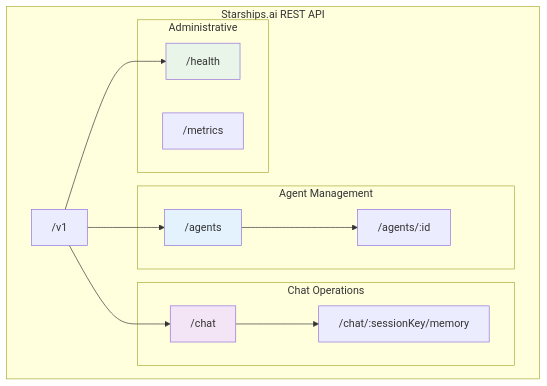
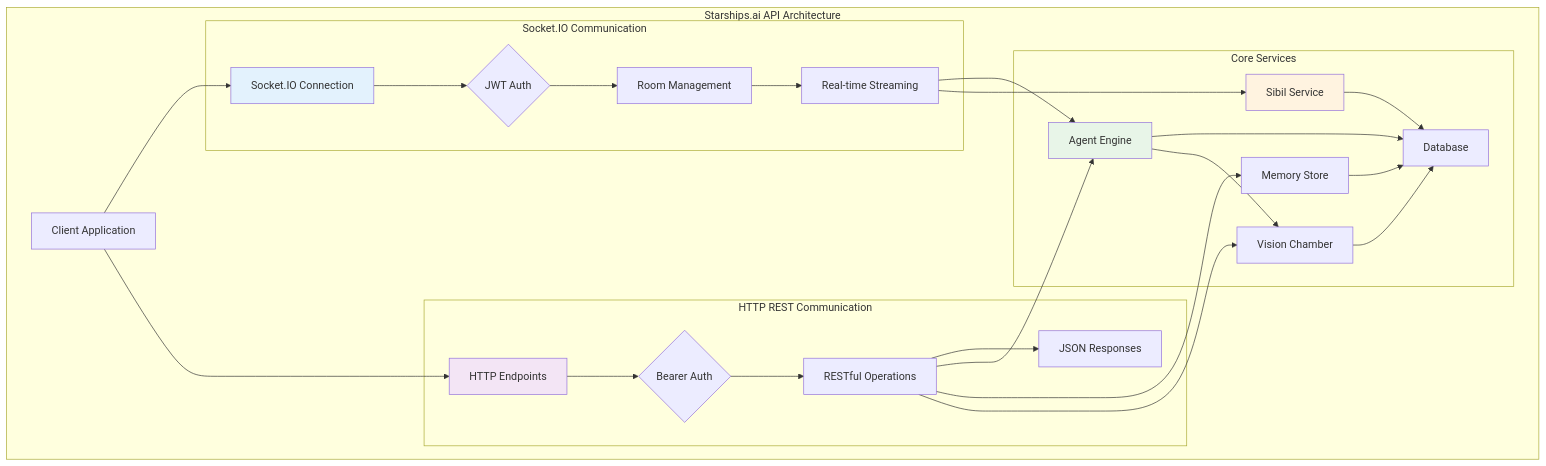
One commit to theingenuityco/starships.ai changed the first of 4 diagrams in docs/api-design.md. Above: the diagram before and after it, drawn with Mermaid. The commit also changed other lines of this file and 8 other files, not shown here.

````diff
--- a/docs/api-design.md
+++ b/docs/api-design.md
@@ -9,32 +25,55 @@
 ```mermaid
 graph TD
-    subgraph "Starships.ai REST API"
-        BASE["/v1"]
+    subgraph "Starships.ai API Architecture"
+        CLIENT[Client Application]
         
-        subgraph "Agent Management"
-            AGENTS["/agents"]
-            AGENT_ID["/agents/:id"]
+        subgraph "Socket.IO Communication"
+            SOCKETIO[Socket.IO Connection]
+            JWT_WS{JWT Auth}
+            ROOMS[Room Management]
+            STREAM[Real-time Streaming]
         end
         
-        subgraph "Chat Operations"
-            CHAT["/chat"]
-            MEMORY["/chat/:sessionKey/memory"]
+        subgraph "HTTP REST Communication"
+            HTTP[HTTP Endpoints]
+            JWT_HTTP{Bearer Auth}
+            ENDPOINTS[RESTful Operations]
+            RESPONSES[JSON Responses]
         end
         
-        subgraph "Administrative"
-            HEALTH["/health"]
-            METRICS["/metrics"]
+        subgraph "Core Services"
+            AGENTS[Agent Engine]
+            SIBIL[Sibil Service]
+            MEMORY[Memory Store]
+            VISION[Vision Chamber]
+            DB[Database]
         end
     end
     
-    BASE --> AGENTS
-    BASE --> CHAT
-    BASE --> HEALTH
+    CLIENT --> SOCKETIO
+    CLIENT --> HTTP
     
-    AGENTS --> AGENT_ID
-    CHAT --> MEMORY
+    SOCKETIO --> JWT_WS
+    JWT_WS --> ROOMS
+    ROOMS --> STREAM
     
-    style AGENTS fill:#e3f2fd
-    style CHAT fill:#f3e5f5
-    style HEALTH fill:#e8f5e8
+    HTTP --> JWT_HTTP
+    JWT_HTTP --> ENDPOINTS
+    ENDPOINTS --> RESPONSES
+    
+    STREAM --> AGENTS
+    STREAM --> SIBIL
+    ENDPOINTS --> AGENTS
+    ENDPOINTS --> MEMORY
+    ENDPOINTS --> VISION
+    AGENTS --> DB
+    AGENTS --> VISION
+    SIBIL --> DB
+    MEMORY --> DB
+    VISION --> DB
+    
+    style SOCKETIO fill:#e3f2fd
+    style HTTP fill:#f3e5f5
+    style AGENTS fill:#e8f5e8
+    style SIBIL fill:#fff3e0
 ```
````
